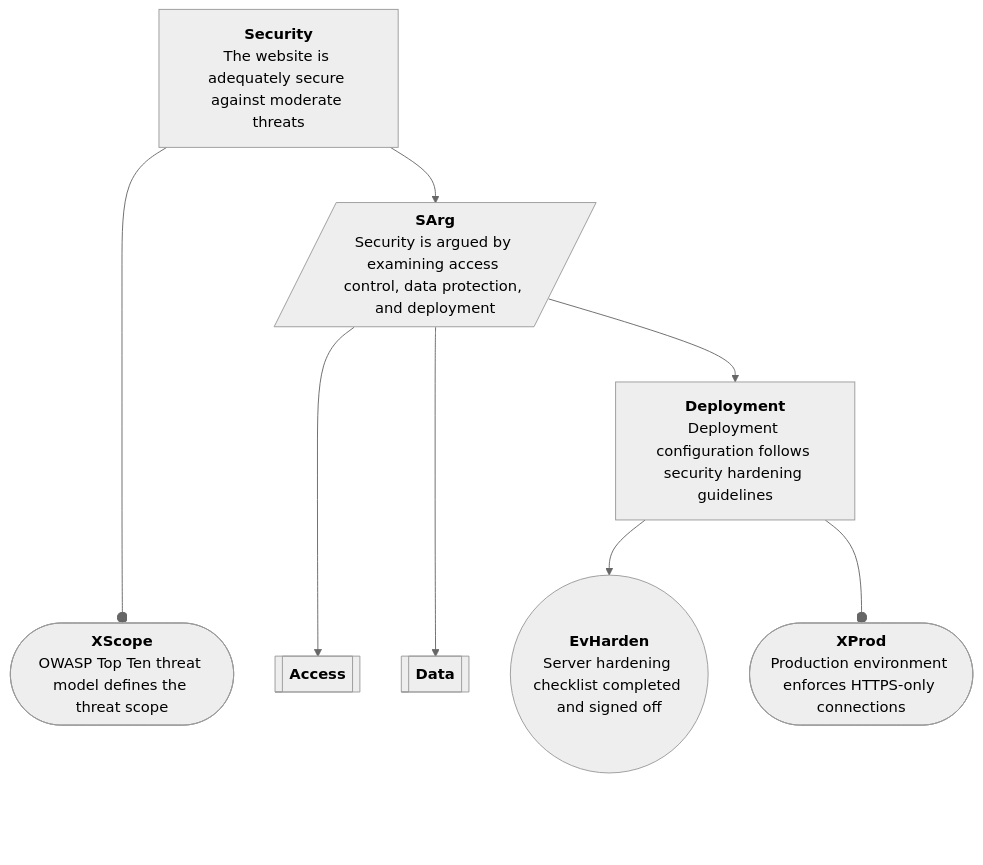
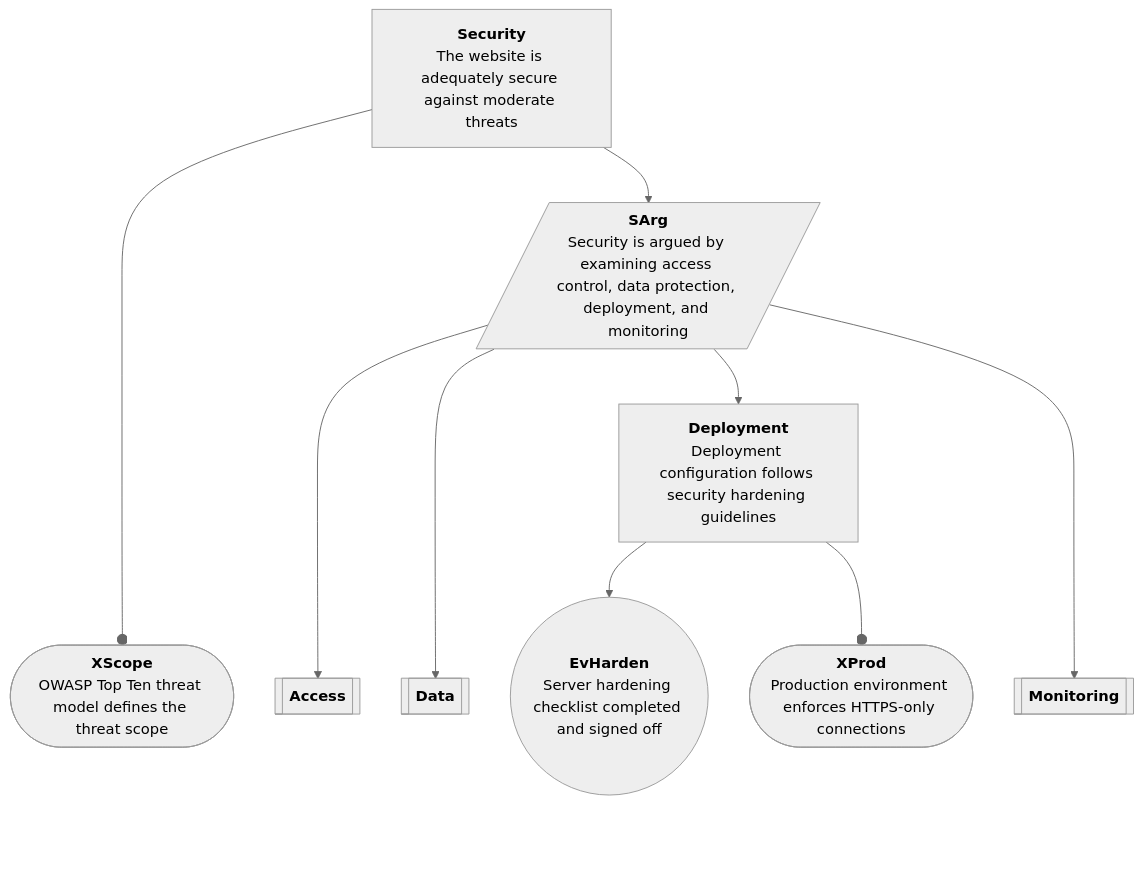
One commit to david-a-wheeler/caseproc changed the fifth of 12 diagrams in tests/fixtures/demo-output.expected.md. Above: the diagram before and after it, drawn with Mermaid. The commit also changed other lines of this file and 3 other files, not shown here.

````diff
--- a/tests/fixtures/demo-output.expected.md
+++ b/tests/fixtures/demo-output.expected.md
@@ -221,45 +293,49 @@
 ```mermaid
 ---
 config:
   theme: neutral
   flowchart:
     curve: basis
     htmlLabels: true
     rankSpacing: 60
     nodeSpacing: 45
     padding: 15
 ---
 flowchart TD
     classDef invisible opacity:0
     classDef gsnUndev stroke-width:2px,stroke-dasharray: 5 5;
     classDef connector fill:none,stroke:#cccccc,stroke-width:1px;
     Security["<b>Security</b><br>The website is adequately secure against moderate threats"]
     XScope(["<b>XScope</b><br>OWASP Top Ten threat model defines the threat scope"])
-    SArg[/"<b>SArg</b><br>Security is argued by examining access control, data protection, and deployment"/]
+    SArg[/"<b>SArg</b><br>Security is argued by examining access control, data protection, deployment, and monitoring"/]
     Access[["<b>Access</b>"]]
     Data[["<b>Data</b>"]]
     Deployment["<b>Deployment</b><br>Deployment configuration follows security hardening guidelines"]
+    Monitoring[["<b>Monitoring</b>"]]
     EvHarden(("<b>EvHarden</b><br>Server hardening checklist completed and signed off"))
     XProd(["<b>XProd</b><br>Production environment enforces HTTPS-only connections"])
     click Security "https://github.com/david-a-wheeler/verocase/blob/main/tests/fixtures/demo-output.expected.md#claim-security"
     click XScope "https://github.com/david-a-wheeler/verocase/blob/main/tests/fixtures/demo-output.expected.md#context-xscope"
     click SArg "https://github.com/david-a-wheeler/verocase/blob/main/tests/fixtures/demo-output.expected.md#strategy-sarg"
     click Access "https://github.com/david-a-wheeler/verocase/blob/main/tests/fixtures/demo-output.expected.md#package-access"
     click Data "https://github.com/david-a-wheeler/verocase/blob/main/tests/fixtures/demo-output.expected.md#package-data"
     click Deployment "https://github.com/david-a-wheeler/verocase/blob/main/tests/fixtures/demo-output.expected.md#claim-deployment"
+    click Monitoring "https://github.com/david-a-wheeler/verocase/blob/main/tests/fixtures/demo-output.expected.md#package-monitoring"
     click EvHarden "https://github.com/david-a-wheeler/verocase/blob/main/tests/fixtures/demo-output.expected.md#evidence-evharden"
     click XProd "https://github.com/david-a-wheeler/verocase/blob/main/tests/fixtures/demo-output.expected.md#context-xprod"
 
     Security --o XScope
     Security --> SArg
     SArg --> Access
     SArg --> Data
     SArg --> Deployment
     Deployment --> EvHarden
     Deployment --o XProd
+    SArg --> Monitoring
     XScope ~~~ BottomPadding[ ]:::invisible
     Access ~~~ BottomPadding
     Data ~~~ BottomPadding
     EvHarden ~~~ BottomPadding
     XProd ~~~ BottomPadding
+    Monitoring ~~~ BottomPadding
 ```
````
